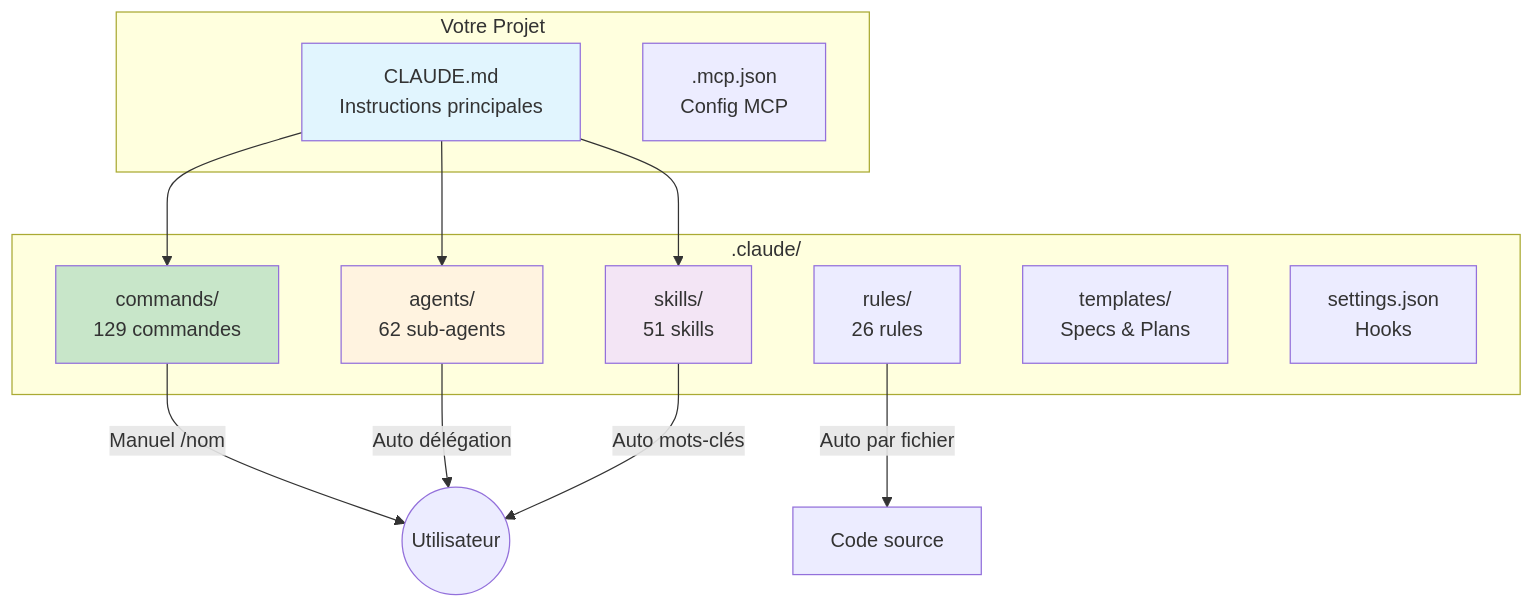
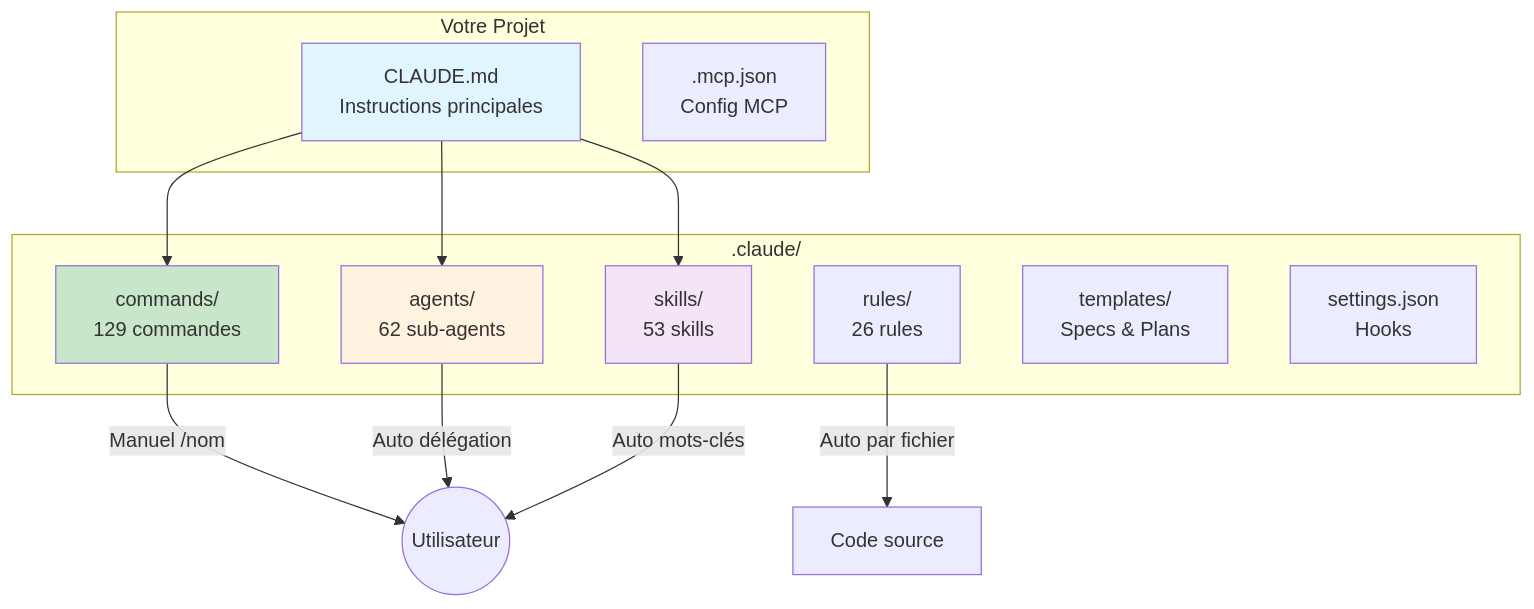
Before and after one commit to christopherlouet/claude-base: the first of 2 diagrams in website/docs/intro/architecture.md, drawn with Mermaid. The commit also changed other lines of this file and 49 other files, not shown here.

````diff
--- a/website/docs/intro/architecture.md
+++ b/website/docs/intro/architecture.md
@@ -15,30 +15,30 @@
 ```mermaid
 graph TB
     subgraph "Votre Projet"
         CLAUDE[CLAUDE.md<br/>Instructions principales]
         MCP[.mcp.json<br/>Config MCP]
     end
 
     subgraph ".claude/"
         CMDS[commands/<br/>129 commandes]
         AGENTS[agents/<br/>62 sub-agents]
-        SKILLS[skills/<br/>51 skills]
+        SKILLS[skills/<br/>53 skills]
         RULES[rules/<br/>26 rules]
         TPL[templates/<br/>Specs & Plans]
         SETTINGS[settings.json<br/>Hooks]
     end
 
     CLAUDE --> CMDS
     CLAUDE --> AGENTS
     CLAUDE --> SKILLS
 
     CMDS --> |"Manuel /nom"| USER((Utilisateur))
     AGENTS --> |"Auto délégation"| USER
     SKILLS --> |"Auto mots-clés"| USER
     RULES --> |"Auto par fichier"| CODE[Code source]
 
     style CLAUDE fill:#e1f5fe
     style CMDS fill:#c8e6c9
     style AGENTS fill:#fff3e0
     style SKILLS fill:#f3e5f5
 ```
````
